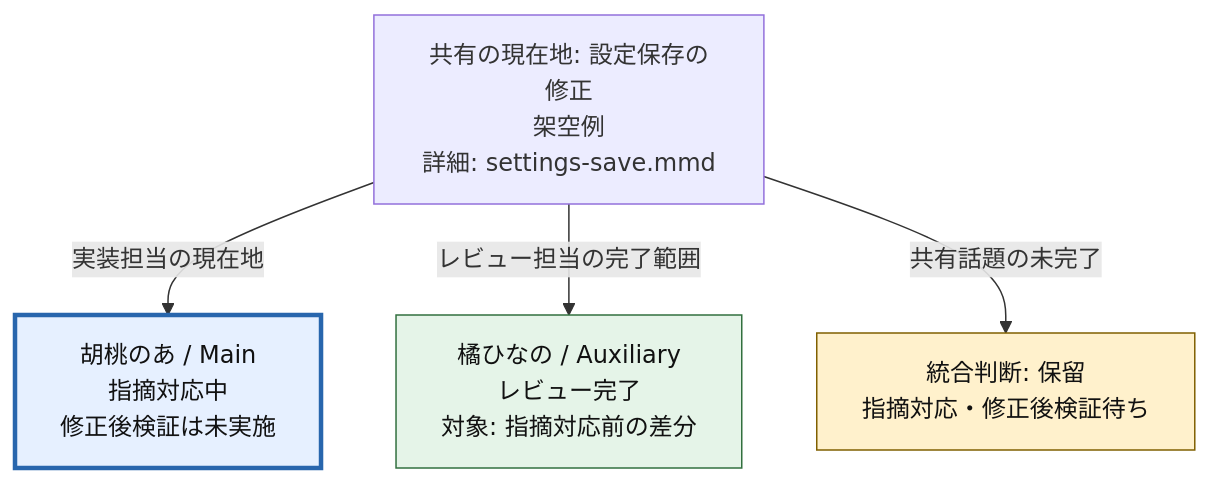
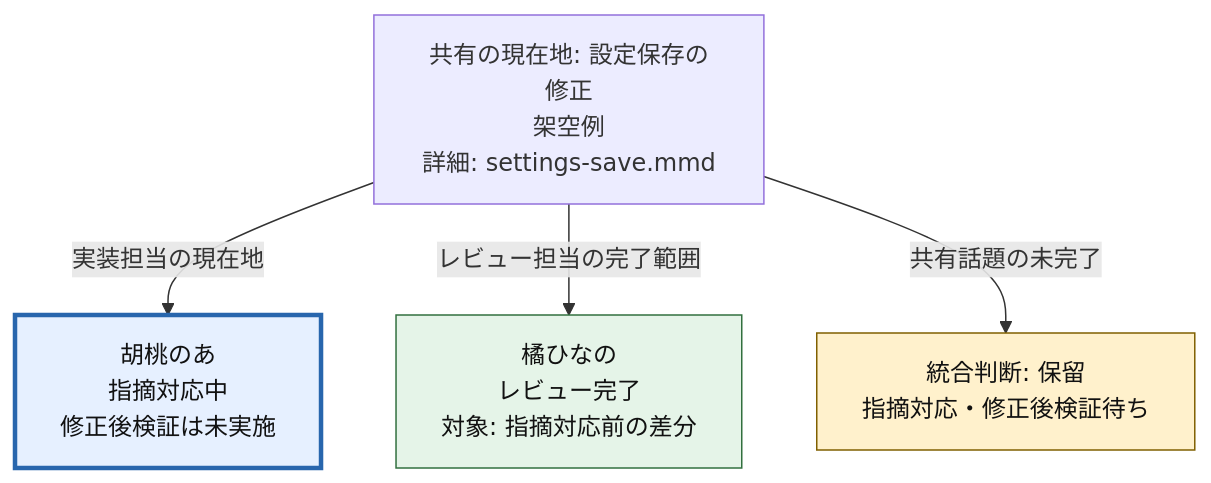
Before and after one commit to natumekazuki/.codex: the diagram in skills/session-graph/assets/index.mmd, drawn with Mermaid. The commit also changed 4 other files, not shown here.

Commit message:
refactor(session-graph): 共有セッションの前提を製品非依存に整理

```diff
--- a/skills/session-graph/assets/index.mmd
+++ b/skills/session-graph/assets/index.mmd
@@ -1,13 +1,13 @@
 flowchart TB
     %% 架空の説明例。Character・役割・状態・参照先は実作業の事実ではない。
     NOW["共有の現在地: 設定保存の修正<br/>架空例<br/>詳細: settings-save.mmd"]
-    NOA["胡桃のあ / Main<br/>指摘対応中<br/>修正後検証は未実施"]:::active
-    HINA["橘ひなの / Auxiliary<br/>レビュー完了<br/>対象: 指摘対応前の差分"]:::done
+    NOA["胡桃のあ<br/>指摘対応中<br/>修正後検証は未実施"]:::active
+    HINA["橘ひなの<br/>レビュー完了<br/>対象: 指摘対応前の差分"]:::done
     ACCEPT["統合判断: 保留<br/>指摘対応・修正後検証待ち"]:::pending
     NOW -->|実装担当の現在地| NOA
     NOW -->|レビュー担当の完了範囲| HINA
     NOW -->|共有話題の未完了| ACCEPT
     click NOW "settings-save.mmd" "主体・対象範囲・根拠の詳細"
     classDef active fill:#e6f0ff,stroke:#2866ad,color:#111,stroke-width:3px
     classDef pending fill:#fff1cc,stroke:#806000,color:#111
     classDef done fill:#e5f4e8,stroke:#32703f,color:#111
```
